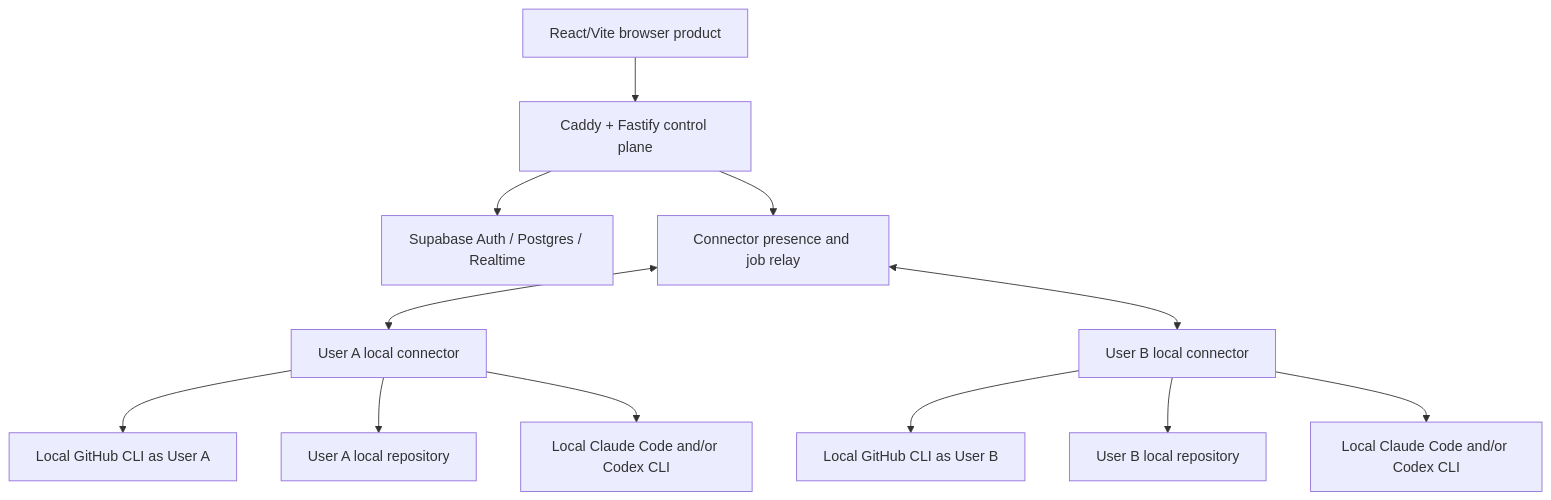
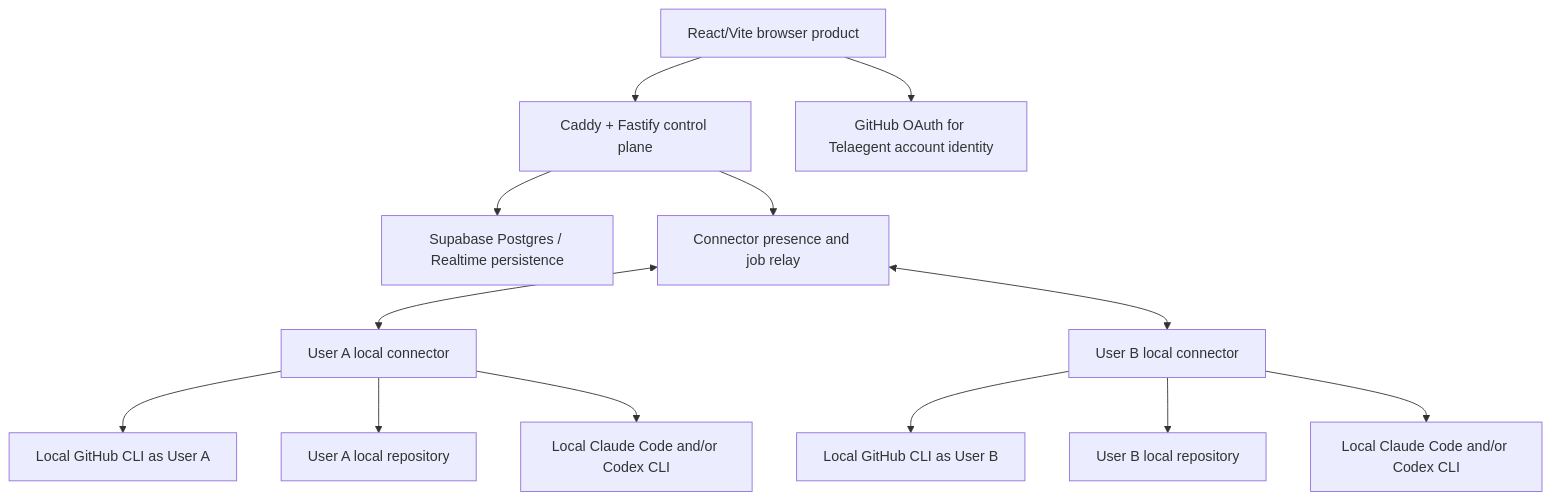
One commit to telaegent/telaegent-tiktok-techjam changed the first of 2 diagrams in docs/architecture/overview.md. Above: the diagram before and after it, drawn with Mermaid. The commit also changed 28 other files, not shown here.

Commit message:
feat(auth): add GitHub OAuth and durable web sessions

````diff
--- a/docs/architecture/overview.md
+++ b/docs/architecture/overview.md
@@ -9,14 +9,15 @@
 ```mermaid
 flowchart TB
     Browser["React/Vite browser product"] --> API["Caddy + Fastify control plane"]
-    API --> DB["Supabase Auth / Postgres / Realtime"]
+    Browser --> GH["GitHub OAuth for Telaegent account identity"]
+    API --> DB["Supabase Postgres / Realtime persistence"]
     API --> Relay["Connector presence and job relay"]
     Relay <--> A["User A local connector"]
     Relay <--> B["User B local connector"]
     A --> AGH["Local GitHub CLI as User A"]
     A --> AREPO["User A local repository"]
     A --> AP["Local Claude Code and/or Codex CLI"]
     B --> BGH["Local GitHub CLI as User B"]
     B --> BREPO["User B local repository"]
     B --> BP["Local Claude Code and/or Codex CLI"]
 ```
````
